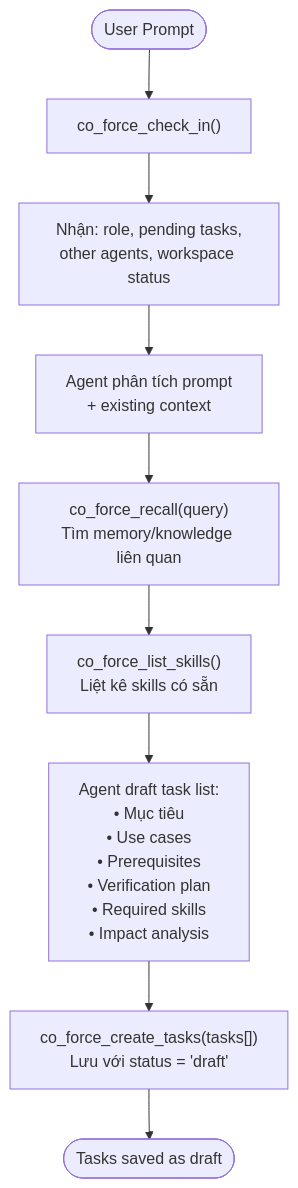
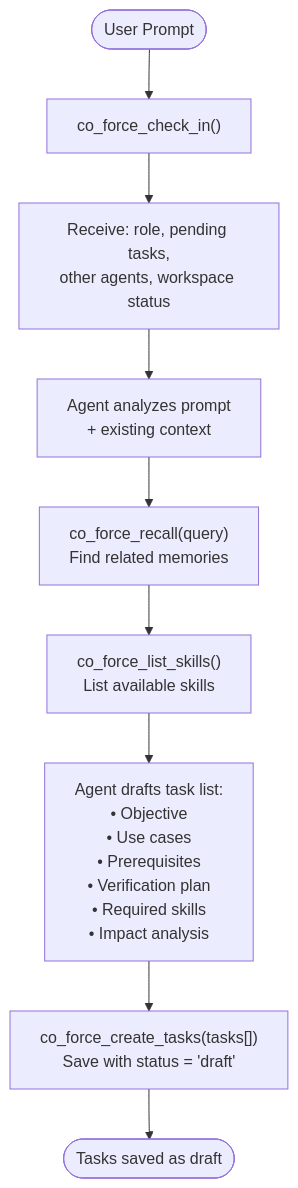
The seventh of 29 diagrams in docs/URD.md (hiimtrung/co-force), drawn with Mermaid before and after one commit. The commit also changed other lines of this file and 17 other files, not shown here.

````diff
--- a/docs/URD.md
+++ b/docs/URD.md
@@ -695,15 +631,15 @@
 ```mermaid
 flowchart TD
     Start([User Prompt]) --> CheckIn["co_force_check_in()"]
-    CheckIn --> GetContext["Nhận: role, pending tasks,<br/>other agents, workspace status"]
-    GetContext --> Analyze["Agent phân tích prompt<br/>+ existing context"]
+    CheckIn --> GetContext["Receive: role, pending tasks,<br/>other agents, workspace status"]
+    GetContext --> Analyze["Agent analyzes prompt<br/>+ existing context"]
 
-    Analyze --> RecallMemory["co_force_recall(query)<br/>Tìm memory/knowledge liên quan"]
-    RecallMemory --> GetSkills["co_force_list_skills()<br/>Liệt kê skills có sẵn"]
+    Analyze --> RecallMemory["co_force_recall(query)<br/>Find related memories"]
+    RecallMemory --> GetSkills["co_force_list_skills()<br/>List available skills"]
 
-    GetSkills --> DraftTasks["Agent draft task list:<br/>• Mục tiêu<br/>• Use cases<br/>• Prerequisites<br/>• Verification plan<br/>• Required skills<br/>• Impact analysis"]
+    GetSkills --> DraftTasks["Agent drafts task list:<br/>• Objective<br/>• Use cases<br/>• Prerequisites<br/>• Verification plan<br/>• Required skills<br/>• Impact analysis"]
 
-    DraftTasks --> SaveDraft["co_force_create_tasks(tasks[])<br/>Lưu với status = 'draft'"]
+    DraftTasks --> SaveDraft["co_force_create_tasks(tasks[])<br/>Save with status = 'draft'"]
 
     SaveDraft --> End([Tasks saved as draft])
 ```
````
